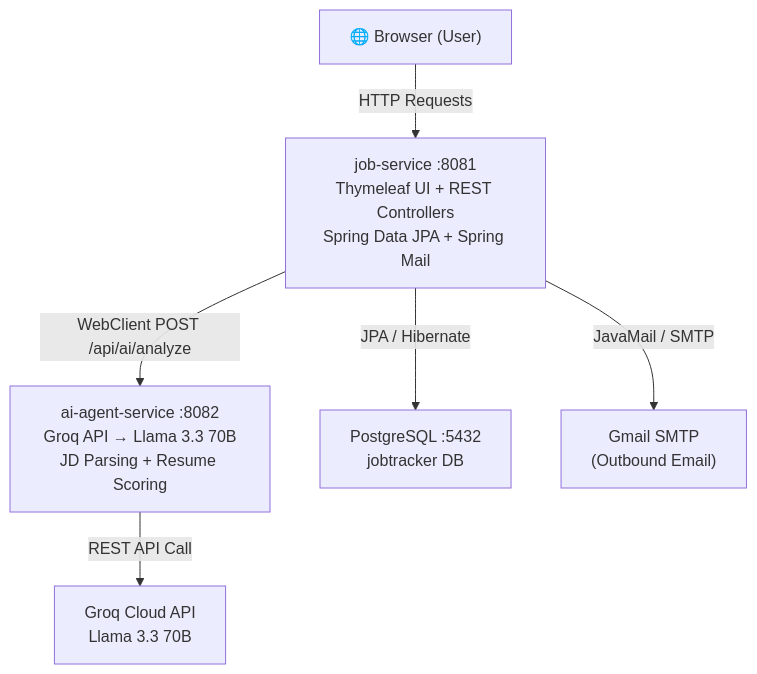
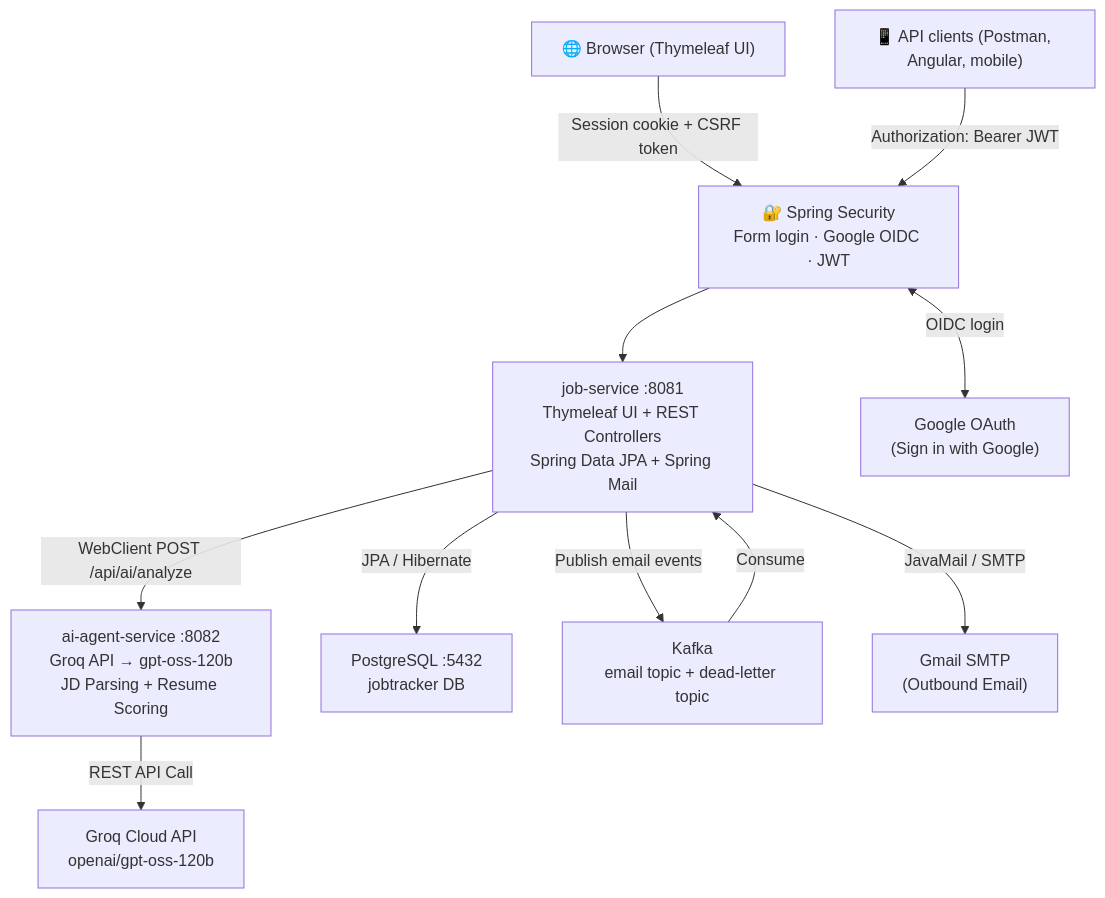
One commit to AdityaDeveloper-pixel/ai-job-tracker changed the first of 12 diagrams in project_flow.md. Above: the diagram before and after it, drawn with Mermaid. The commit also changed other lines of this file and 1 other file, not shown here.

````diff
--- a/project_flow.md
+++ b/project_flow.md
@@ -5,15 +5,24 @@
 ```mermaid
 graph TD
-    Browser["🌐 Browser (User)"]
+    Browser["🌐 Browser (Thymeleaf UI)"]
+    Client["📱 API clients (Postman, Angular, mobile)"]
+    SEC["🔐 Spring Security\nForm login · Google OIDC · JWT"]
     JS["job-service :8081\nThymeleaf UI + REST Controllers\nSpring Data JPA + Spring Mail"]
-    AI["ai-agent-service :8082\nGroq API → Llama 3.3 70B\nJD Parsing + Resume Scoring"]
+    AI["ai-agent-service :8082\nGroq API → gpt-oss-120b\nJD Parsing + Resume Scoring"]
     DB["PostgreSQL :5432\njobtracker DB"]
+    KAFKA["Kafka\nemail topic + dead-letter topic"]
     GMAIL["Gmail SMTP\n(Outbound Email)"]
-    GROQ["Groq Cloud API\nLlama 3.3 70B"]
+    GROQ["Groq Cloud API\nopenai/gpt-oss-120b"]
+    GOOGLE["Google OAuth\n(Sign in with Google)"]
 
-    Browser -->|HTTP Requests| JS
-    JS -->|WebClient POST /api/ai/analyze| AI
-    JS -->|JPA / Hibernate| DB
-    JS -->|JavaMail / SMTP| GMAIL
-    AI -->|REST API Call| GROQ
+    Browser -->|"Session cookie + CSRF token"| SEC
+    Client -->|"Authorization: Bearer JWT"| SEC
+    SEC --> JS
+    SEC <-->|"OIDC login"| GOOGLE
+    JS -->|"WebClient POST /api/ai/analyze"| AI
+    JS -->|"JPA / Hibernate"| DB
+    JS -->|"Publish email events"| KAFKA
+    KAFKA -->|"Consume"| JS
+    JS -->|"JavaMail / SMTP"| GMAIL
+    AI -->|"REST API Call"| GROQ
 ```
````
